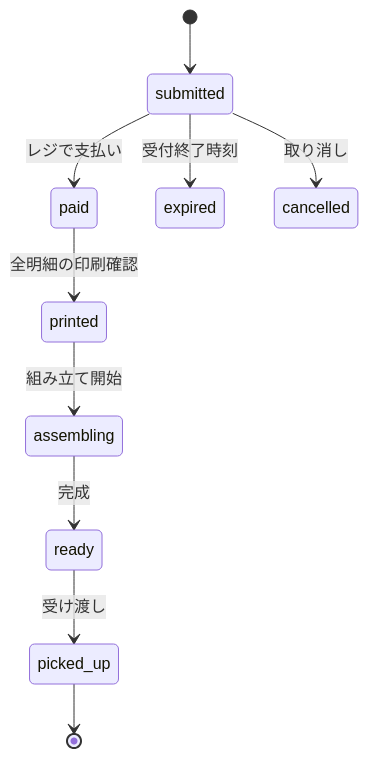
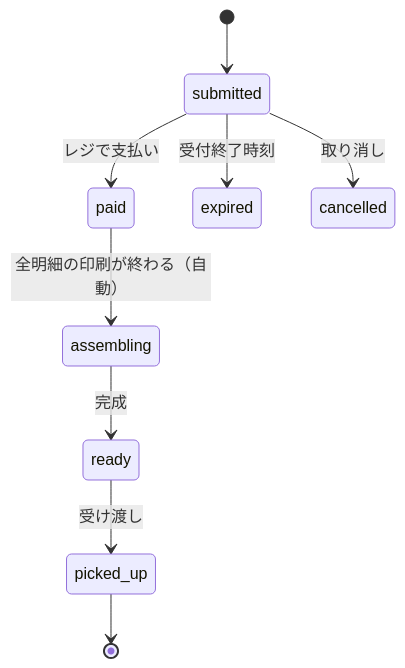
Before and after one commit to sofken2/canbadge-order-system: the third of 5 diagrams in docs/spec.md, drawn with Mermaid. The commit also changed other lines of this file and 52 other files, not shown here.

````diff
--- a/docs/spec.md
+++ b/docs/spec.md
@@ -225,12 +224,11 @@
 ```mermaid
 stateDiagram-v2
     [*] --> submitted
     submitted --> paid: レジで支払い
     submitted --> expired: 受付終了時刻
     submitted --> cancelled: 取り消し
-    paid --> printed: 全明細の印刷確認
-    printed --> assembling: 組み立て開始
+    paid --> assembling: 全明細の印刷が終わる（自動）
     assembling --> ready: 完成
     ready --> picked_up: 受け渡し
     picked_up --> [*]
 ```
````
